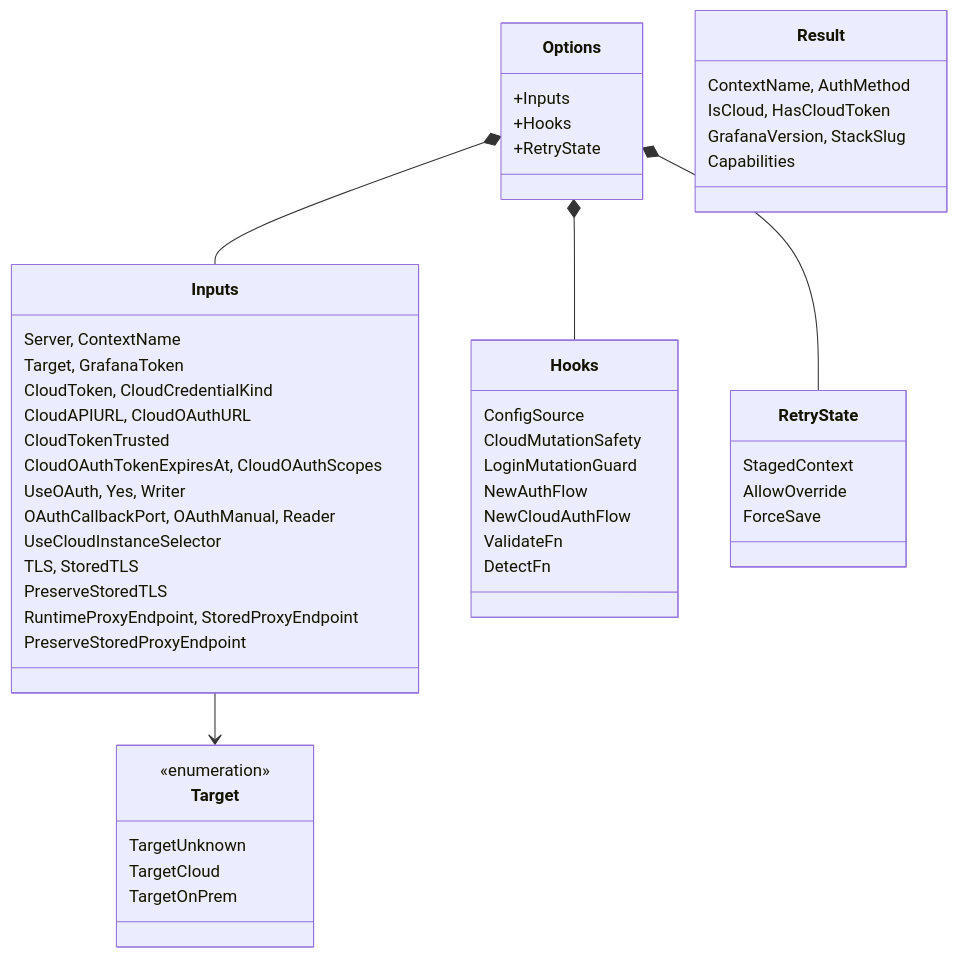
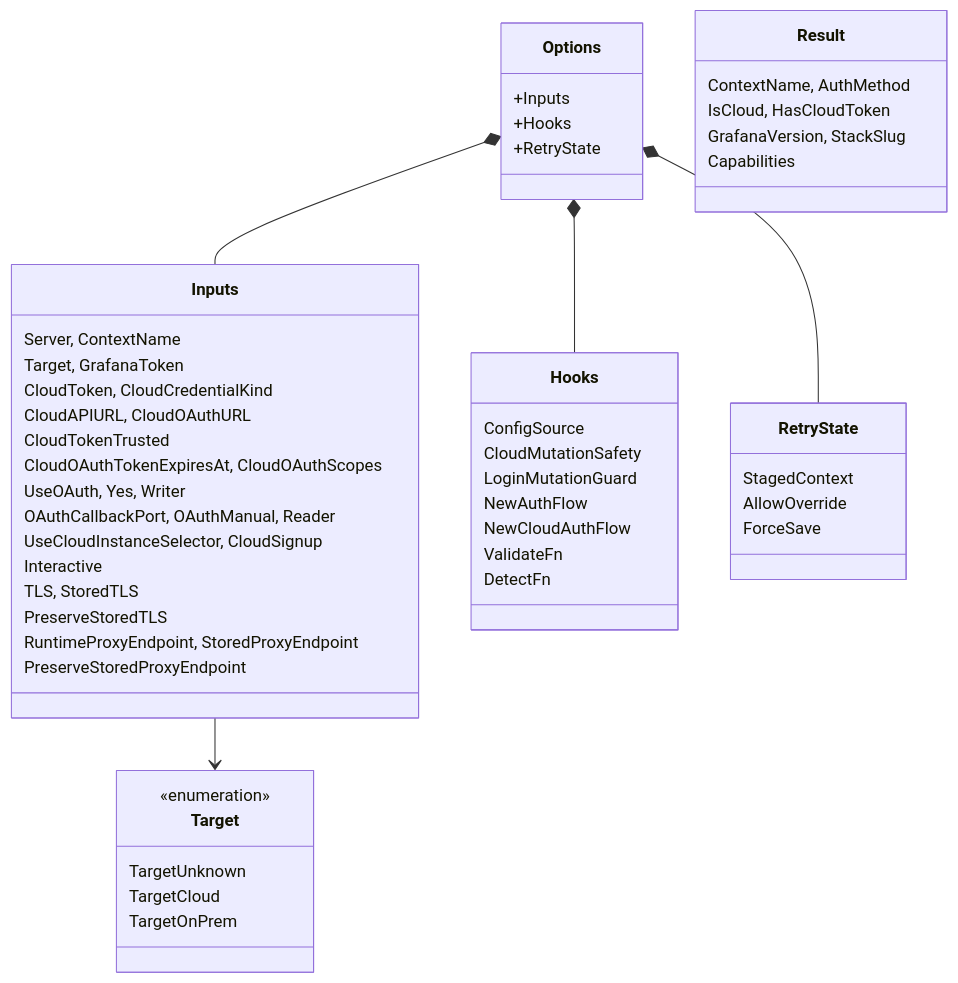
One commit to grafana/gcx changed the second of 4 diagrams in docs/architecture/login-system.md. Above: the diagram before and after it, drawn with Mermaid. The commit also changed other lines of this file and 41 other files, not shown here.

````diff
--- a/docs/architecture/login-system.md
+++ b/docs/architecture/login-system.md
@@ -37,54 +37,55 @@
 ```mermaid
 classDiagram
     class Options {
         +Inputs
         +Hooks
         +RetryState
     }
     class Inputs {
         Server, ContextName
         Target, GrafanaToken
         CloudToken, CloudCredentialKind
         CloudAPIURL, CloudOAuthURL
         CloudTokenTrusted
         CloudOAuthTokenExpiresAt, CloudOAuthScopes
         UseOAuth, Yes, Writer
         OAuthCallbackPort, OAuthManual, Reader
-        UseCloudInstanceSelector
+        UseCloudInstanceSelector, CloudSignup
+        Interactive
         TLS, StoredTLS
         PreserveStoredTLS
         RuntimeProxyEndpoint, StoredProxyEndpoint
         PreserveStoredProxyEndpoint
     }
     class Hooks {
         ConfigSource
         CloudMutationSafety
         LoginMutationGuard
         NewAuthFlow
         NewCloudAuthFlow
         ValidateFn
         DetectFn
     }
     class RetryState {
         StagedContext
         AllowOverride
         ForceSave
     }
     class Target {
         <<enumeration>>
         TargetUnknown
         TargetCloud
         TargetOnPrem
     }
     class Result {
         ContextName, AuthMethod
         IsCloud, HasCloudToken
         GrafanaVersion, StackSlug
         Capabilities
     }
 
     Options *-- Inputs
     Options *-- Hooks
     Options *-- RetryState
     Inputs --> Target
 ```
````
